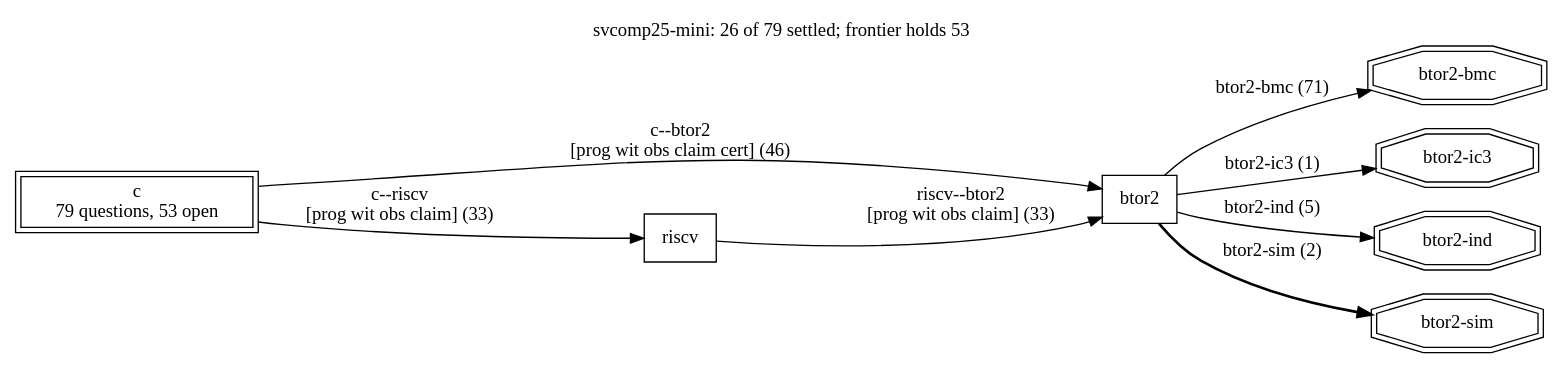
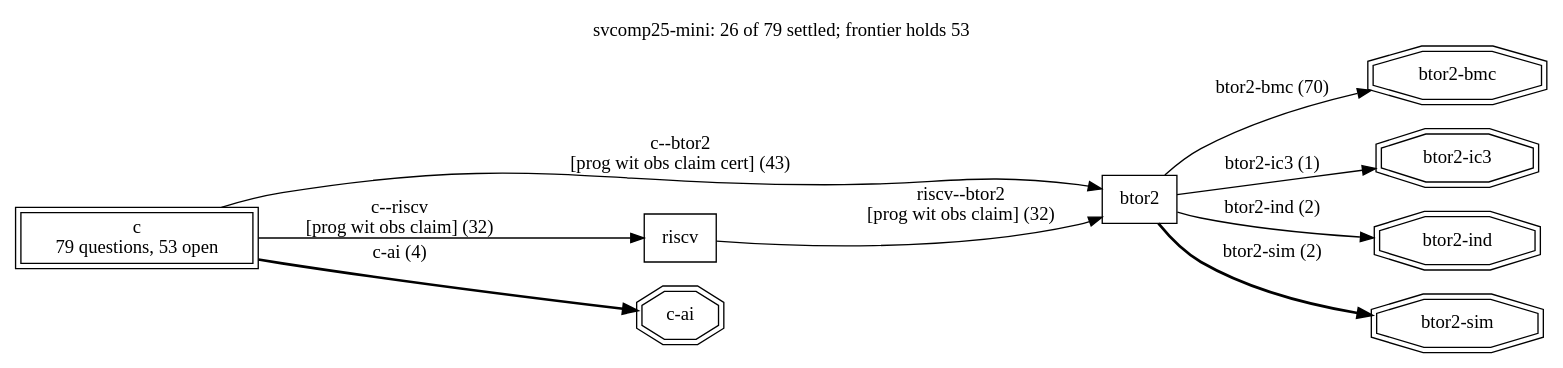
One commit to cksystemsgroup/hurdy-gurdy changed the diagram in runs/svcomp25-mini/frontier.dot. Above: the diagram before and after it, drawn with Graphviz. The commit also changed 115 other files, not shown here.

```diff
--- a/runs/svcomp25-mini/frontier.dot
+++ b/runs/svcomp25-mini/frontier.dot
@@ -1,19 +1,21 @@
 digraph "svcomp25-mini" {
   rankdir=LR; labelloc=t;
   label="svcomp25-mini: 26 of 79 settled; frontier holds 53";
   node [shape=box];
   "btor2";
   "c" [peripheries=2, label="c\n79 questions, 53 open"];
   "riscv";
-  "c" -> "btor2" [style=solid, label="c--btor2\n[prog wit obs claim cert] (46)"];
-  "c" -> "riscv" [style=solid, label="c--riscv\n[prog wit obs claim] (33)"];
-  "riscv" -> "btor2" [style=solid, label="riscv--btor2\n[prog wit obs claim] (33)"];
+  "c" -> "btor2" [style=solid, label="c--btor2\n[prog wit obs claim cert] (43)"];
+  "c" -> "riscv" [style=solid, label="c--riscv\n[prog wit obs claim] (32)"];
+  "riscv" -> "btor2" [style=solid, label="riscv--btor2\n[prog wit obs claim] (32)"];
   "search:btor2-bmc" [shape=doubleoctagon, label="btor2-bmc"];
-  "btor2" -> "search:btor2-bmc" [style=solid, label="btor2-bmc (71)"];
+  "btor2" -> "search:btor2-bmc" [style=solid, label="btor2-bmc (70)"];
   "search:btor2-ic3" [shape=doubleoctagon, label="btor2-ic3"];
   "btor2" -> "search:btor2-ic3" [style=solid, label="btor2-ic3 (1)"];
   "search:btor2-ind" [shape=doubleoctagon, label="btor2-ind"];
-  "btor2" -> "search:btor2-ind" [style=solid, label="btor2-ind (5)"];
+  "btor2" -> "search:btor2-ind" [style=solid, label="btor2-ind (2)"];
   "search:btor2-sim" [shape=doubleoctagon, label="btor2-sim"];
   "btor2" -> "search:btor2-sim" [style=bold, label="btor2-sim (2)"];
+  "search:c-ai" [shape=doubleoctagon, label="c-ai"];
+  "c" -> "search:c-ai" [style=bold, label="c-ai (4)"];
 }
```
